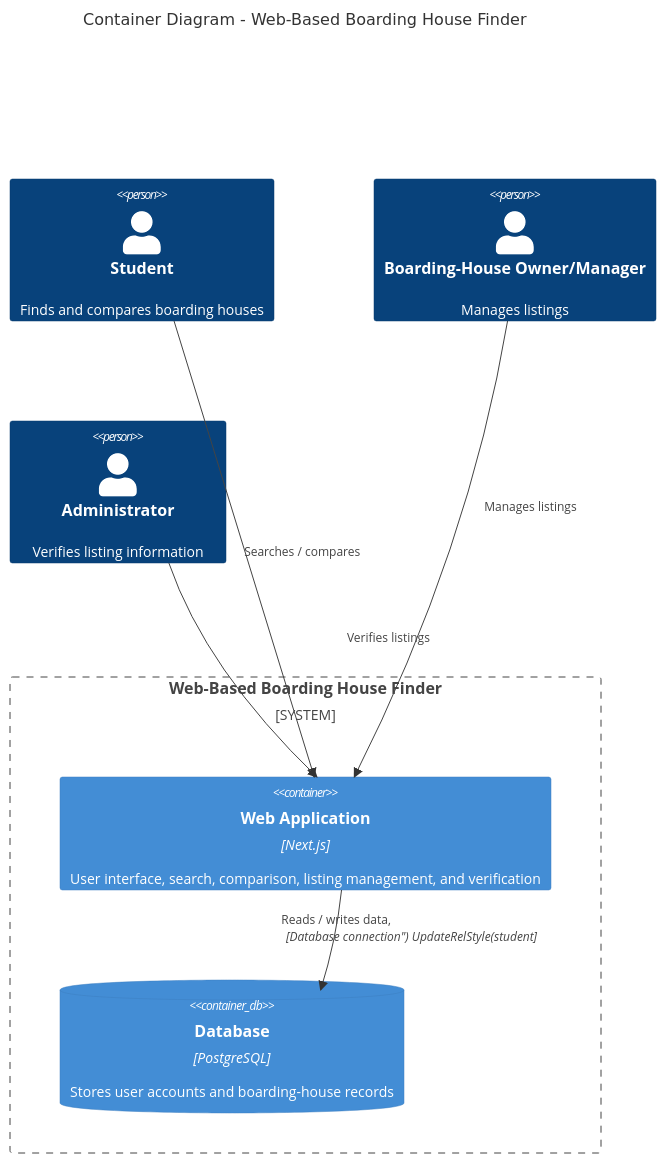
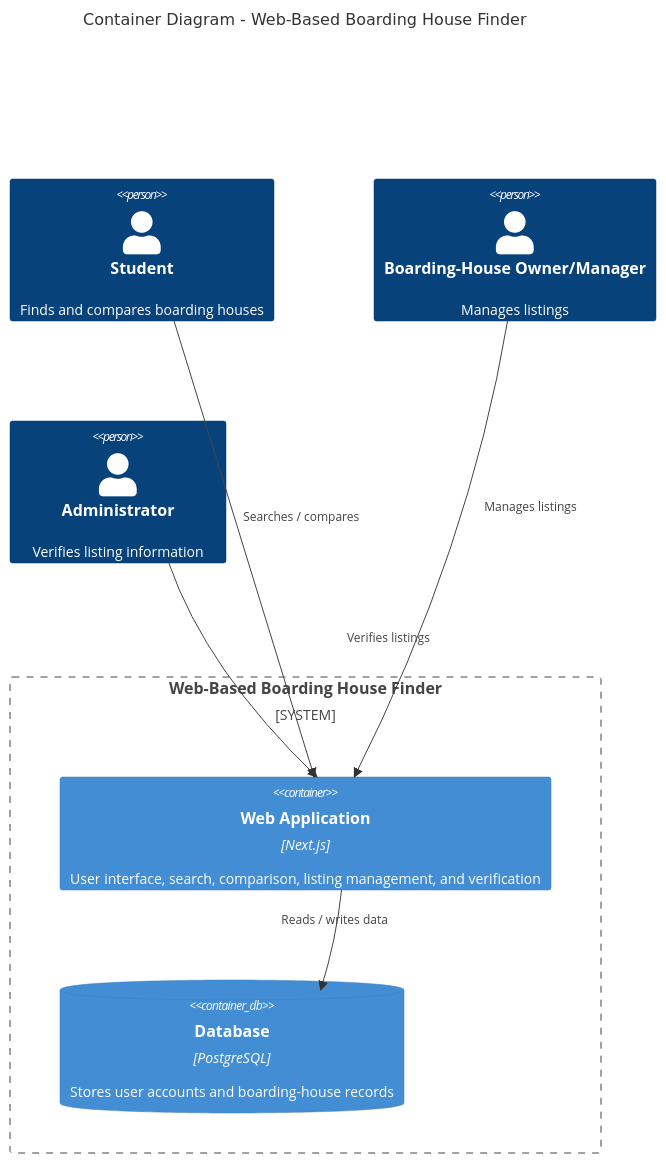
One commit to joanaandes23/web-based-boarding-house-finder changed the diagram in docs/architecture/containers.md. Above: the diagram before and after it, drawn with Mermaid.

````diff
--- a/docs/architecture/containers.md
+++ b/docs/architecture/containers.md
@@ -3,25 +3,25 @@
 ```mermaid
 C4Container
 title Container Diagram - Web-Based Boarding House Finder
 
 UpdateLayoutConfig($c4ShapeInRow="3", $c4BoundaryInRow="1")
 
 Person(student, "Student", "Finds and compares boarding houses")
 Person(owner, "Boarding-House Owner/Manager", "Manages listings")
 Person(admin, "Administrator", "Verifies listing information")
 
 System_Boundary(system, "Web-Based Boarding House Finder") {
     Container(web, "Web Application", "Next.js", "User interface, search, comparison, listing management, and verification")
     ContainerDb(database, "Database", "PostgreSQL", "Stores user accounts and boarding-house records")
 }
 
 Rel_D(student, web, "Searches / compares")
 Rel_D(owner, web, "Manages listings")
 Rel_D(admin, web, "Verifies listings")
-Rel_R(web, database, "Reads / writes data, "Database connection")
+Rel_R(web, database, "Reads / writes data")
 
 UpdateRelStyle(student, web, $offsetX="-1", $offsetY="-35")
 UpdateRelStyle(owner, web, $offsetX="53", $offsetY="-45")
 UpdateRelStyle(admin, web, $offsetX="104", $offsetY="-35")
 UpdateRelStyle(web, database, $offsetX="-50", $offsetY="-23")
 ```
````
